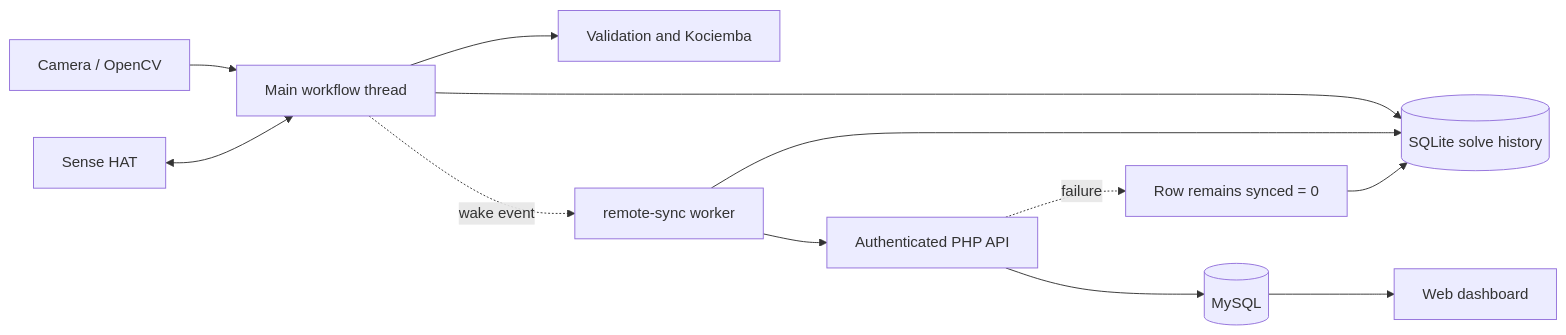
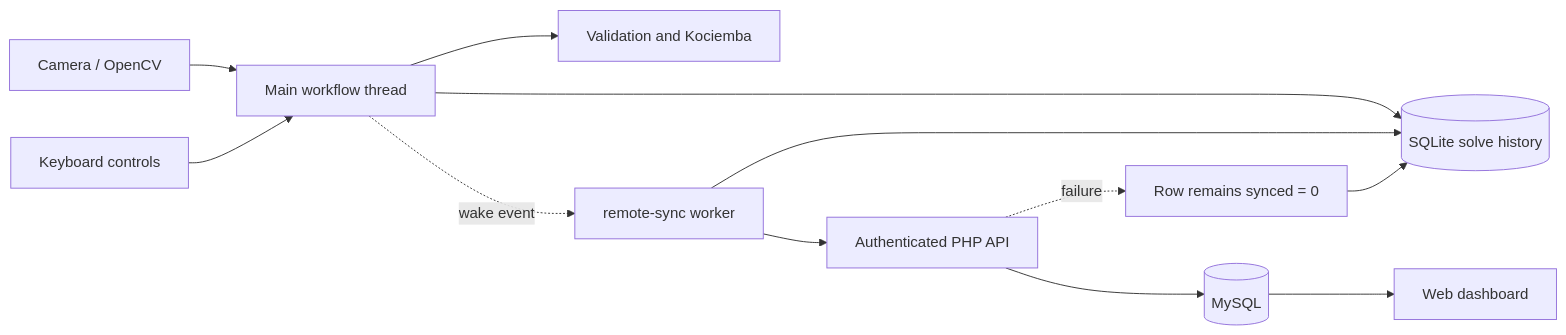
Before and after one commit to hemish-patel5/Rubiks-Cube-Solver: the first of 2 diagrams in docs/architecture.md, drawn with Mermaid. The commit also changed 19 other files, not shown here.

Commit message:
Deleted Sense Hat functionality

````diff
--- a/docs/architecture.md
+++ b/docs/architecture.md
@@ -8,14 +8,14 @@
 ```mermaid
 flowchart LR
     Camera[Camera / OpenCV] --> Main[Main workflow thread]
-    Sense[Sense HAT] <--> Main
+    Keyboard[Keyboard controls] --> Main
     Main --> Solver[Validation and Kociemba]
     Main --> SQLite[(SQLite solve history)]
     Main -. wake event .-> Worker[remote-sync worker]
     Worker --> SQLite
     Worker --> HTTP[Authenticated PHP API]
     HTTP --> MySQL[(MySQL)]
     MySQL --> Dashboard[Web dashboard]
     HTTP -. failure .-> Pending[Row remains synced = 0]
     Pending --> SQLite
 ```
````
